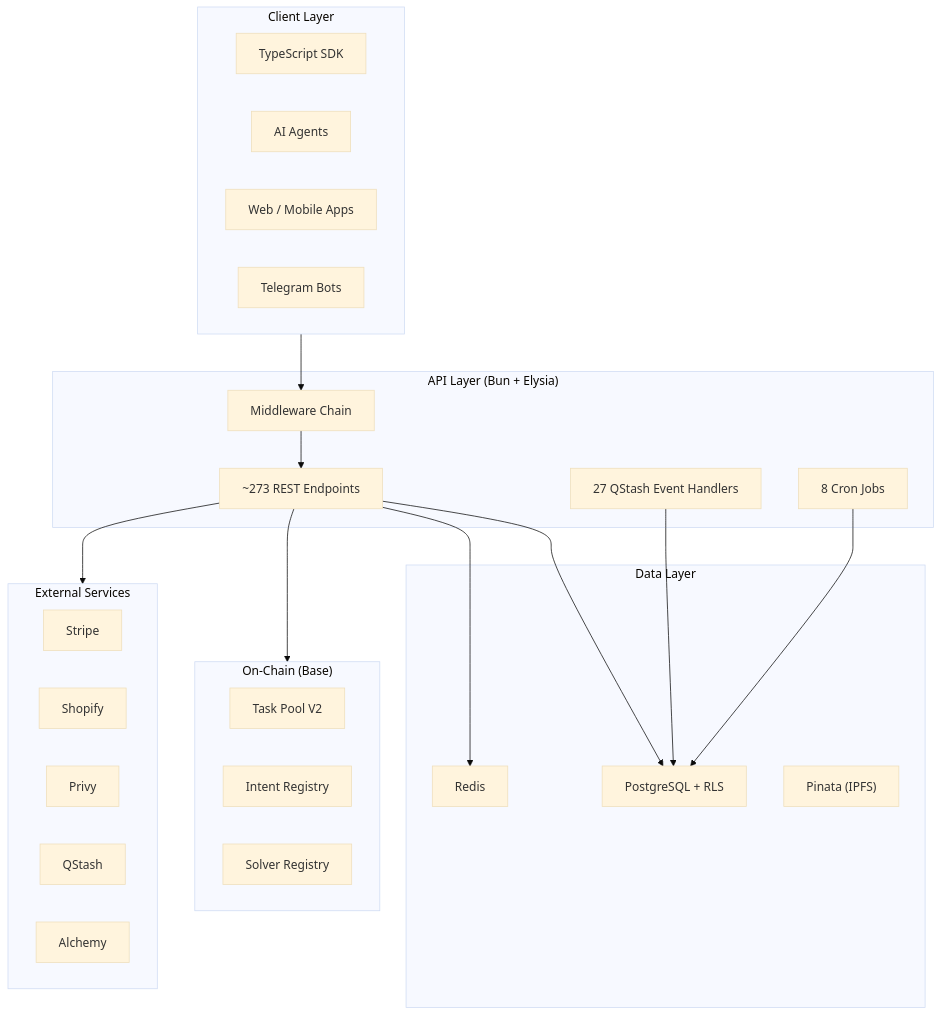
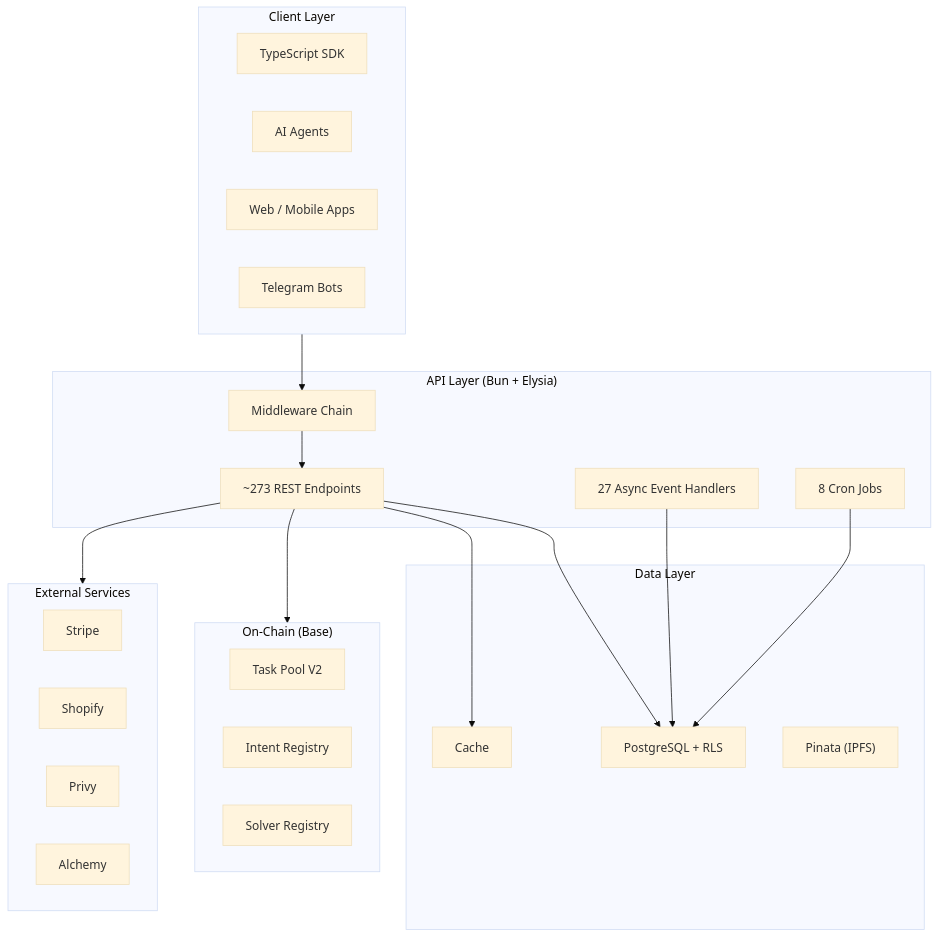
The diagram in platform/architecture.mdx (kiki-world-01/Docs), drawn with Mermaid (base theme) before and after one commit. The commit also changed other lines of this file and 25 other files, not shown here.

````diff
--- a/platform/architecture.mdx
+++ b/platform/architecture.mdx
@@ -10,44 +10,43 @@
 ```mermaid
 graph TB
     subgraph clients ["Client Layer"]
         SDK["TypeScript SDK"]
         Agent["AI Agents"]
         App["Web / Mobile Apps"]
         Bot["Telegram Bots"]
     end
 
     subgraph api ["API Layer (Bun + Elysia)"]
         MW["Middleware Chain"]
         Routes["~273 REST Endpoints"]
-        Events["27 QStash Event Handlers"]
+        Events["27 Async Event Handlers"]
         Crons["8 Cron Jobs"]
     end
 
     subgraph data ["Data Layer"]
         PG["PostgreSQL + RLS"]
-        Redis["Redis"]
+        Cache["Cache"]
         Pinata["Pinata (IPFS)"]
     end
 
     subgraph chain ["On-Chain (Base)"]
         TaskPool["Task Pool V2"]
         Intent["Intent Registry"]
         Solver["Solver Registry"]
     end
 
     subgraph external ["External Services"]
         Stripe["Stripe"]
         Shopify["Shopify"]
         Privy["Privy"]
-        QStash["QStash"]
         Alchemy["Alchemy"]
     end
 
     clients --> MW --> Routes
     Routes --> PG
-    Routes --> Redis
+    Routes --> Cache
     Routes --> chain
     Events --> PG
     Crons --> PG
     Routes --> external
 ```
````
